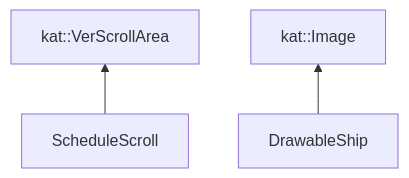
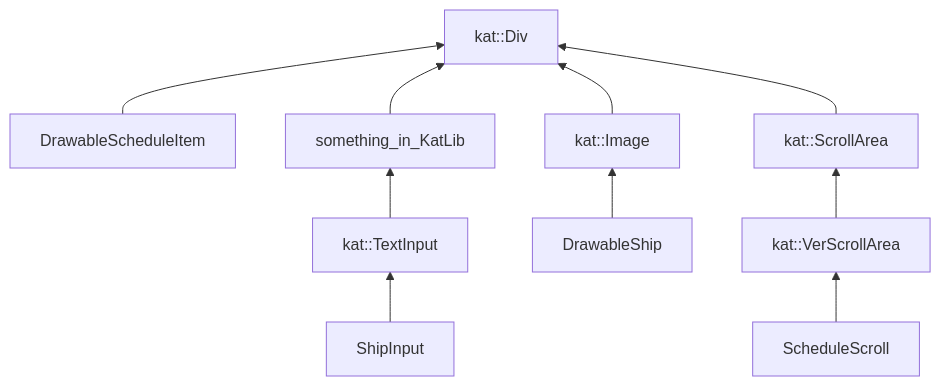
Before and after one commit to Katarni/Seaport: the first of 3 diagrams in report.md, drawn with Mermaid. The commit also changed other lines of this file and 4 other files, not shown here.

````diff
--- a/report.md
+++ b/report.md
@@ -12,5 +12,12 @@
 ```mermaid
 graph BT;
+	DrawableScheduleItem-->kat::Div;
+	ShipInput-->kat::TextInput;
+	kat::TextInput-->something_in_KatLib;
+	something_in_KatLib-->kat::Div;
+	kat::Image-->kat::Div;
+	kat::ScrollArea-->kat::Div;
+	kat::VerScrollArea-->kat::ScrollArea;
 	ScheduleScroll-->kat::VerScrollArea;
 	DrawableShip-->kat::Image;
 ```
````
